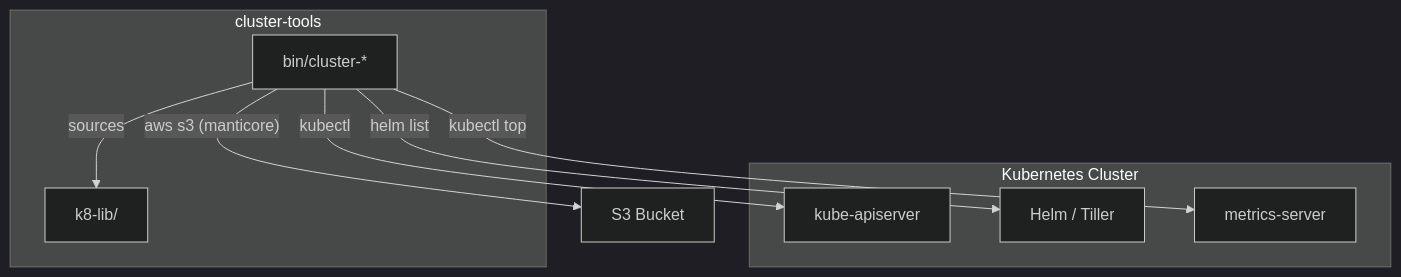
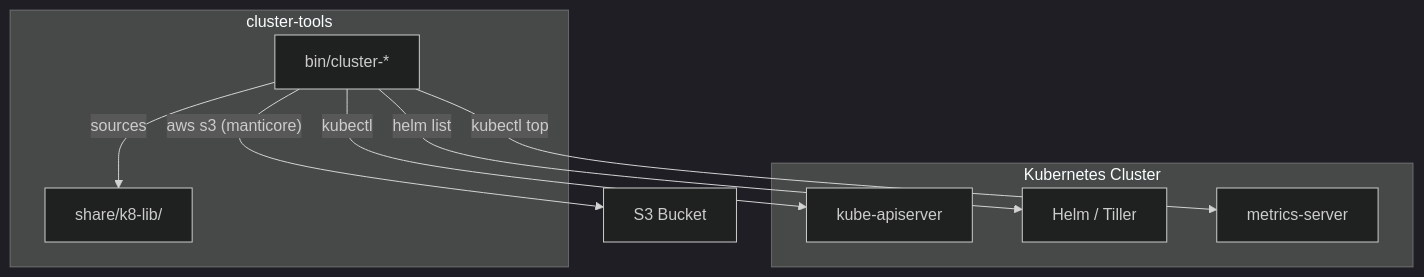
Before and after one commit to noizu-labs-ml/NoizuPromptLingo: the diagram in utilities/k8/cluster-utils/docs/PROJ-ARCH.md, drawn with Mermaid (dark theme). The commit also changed other lines of this file and 292 other files, not shown here.

````diff
--- a/utilities/k8/cluster-utils/docs/PROJ-ARCH.md
+++ b/utilities/k8/cluster-utils/docs/PROJ-ARCH.md
@@ -9,19 +9,19 @@
 ```mermaid
 graph TB
     subgraph "cluster-tools"
         BIN["bin/cluster-*"]
-        LIB["k8-lib/"]
+        LIB["share/k8-lib/"]
         BIN -->|sources| LIB
     end
 
     subgraph "Kubernetes Cluster"
         API["kube-apiserver"]
         HELM["Helm / Tiller"]
         METRICS["metrics-server"]
     end
 
     BIN -->|kubectl| API
     BIN -->|helm list| HELM
     BIN -->|kubectl top| METRICS
     BIN -->|"aws s3 (manticore)"| S3["S3 Bucket"]
 ```
````
